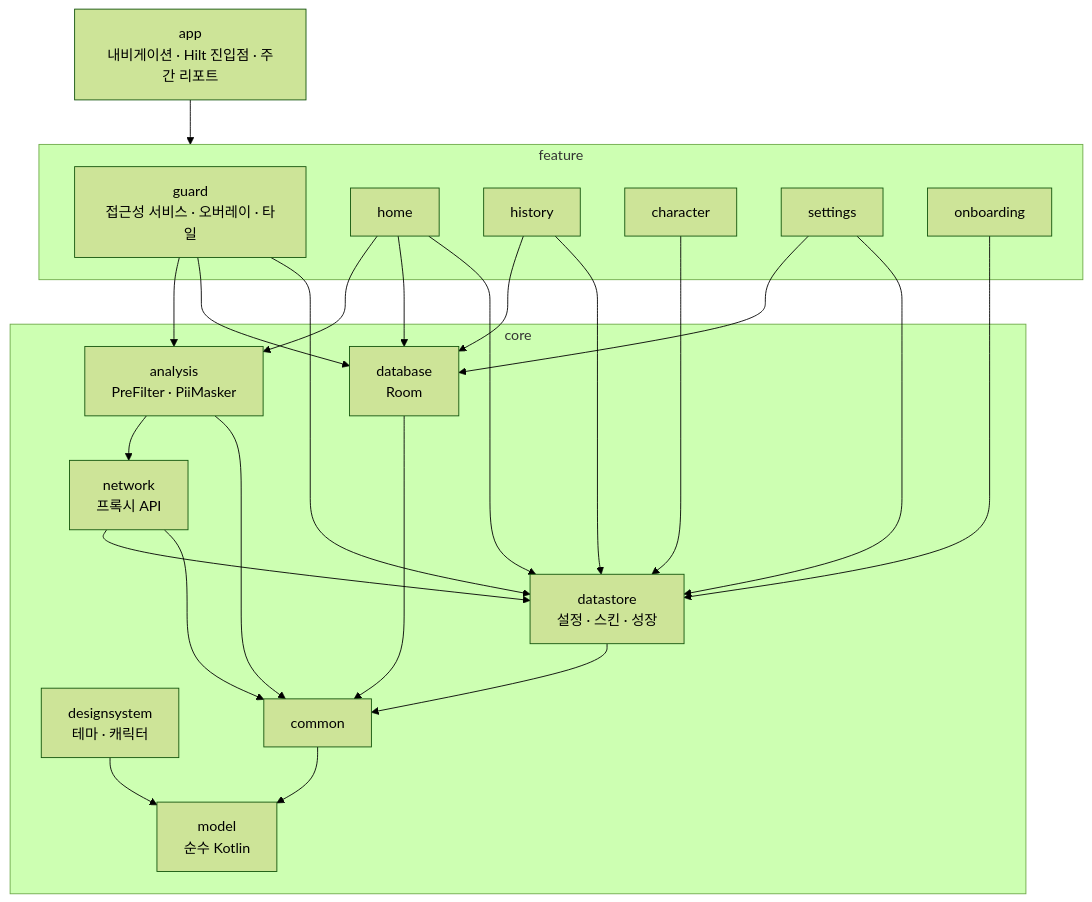
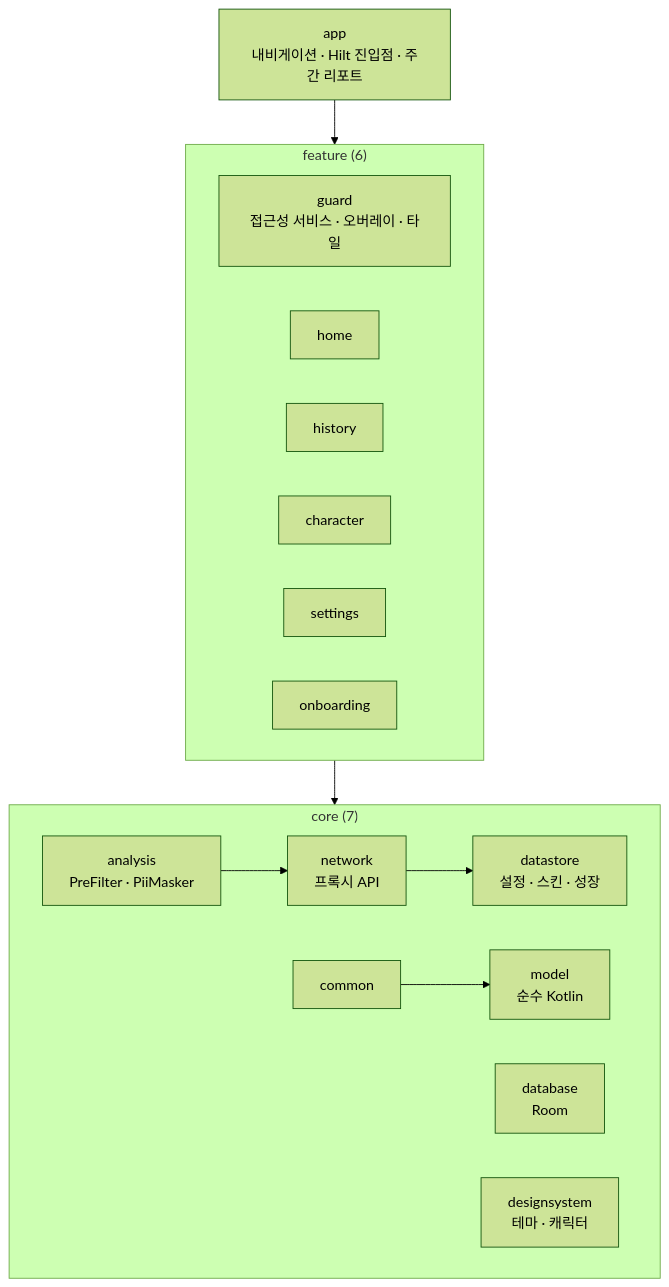
The second of 2 diagrams in README.md (sungsik1093/emotion-guard), drawn with Mermaid (forest theme) before and after one commit. The commit also changed other lines of this file, not shown here.

First line of the commit message:
docs: make architecture diagrams readable on GitHub

````diff
--- a/README.md
+++ b/README.md
@@ -58,35 +54,24 @@
 ```mermaid
 flowchart TB
     app["app<br/>내비게이션 · Hilt 진입점 · 주간 리포트"]
 
-    subgraph feature["feature"]
+    subgraph feature["feature (6)"]
+        direction LR
         guard["guard<br/>접근성 서비스 · 오버레이 · 타일"]
         home["home"]
         history["history"]
         character["character"]
         settings["settings"]
         onboarding["onboarding"]
     end
 
-    subgraph core["core"]
-        analysis["analysis<br/>PreFilter · PiiMasker"]
-        network["network<br/>프록시 API"]
+    subgraph core["core (7)"]
+        direction LR
+        analysis["analysis<br/>PreFilter · PiiMasker"] --> network["network<br/>프록시 API"] --> datastore["datastore<br/>설정 · 스킨 · 성장"]
         database["database<br/>Room"]
-        datastore["datastore<br/>설정 · 스킨 · 성장"]
         designsystem["designsystem<br/>테마 · 캐릭터"]
-        common["common"]
-        model["model<br/>순수 Kotlin"]
+        common["common"] --> model["model<br/>순수 Kotlin"]
     end
 
-    app --> feature
-    guard --> analysis & database & datastore
-    home --> analysis & database & datastore
-    history --> database & datastore
-    settings --> database & datastore
-    character --> datastore
-    onboarding --> datastore
-    analysis --> network
-    network --> datastore
-    analysis & network & database & datastore --> common
-    common & designsystem --> model
+    app --> feature --> core
 ```
````
